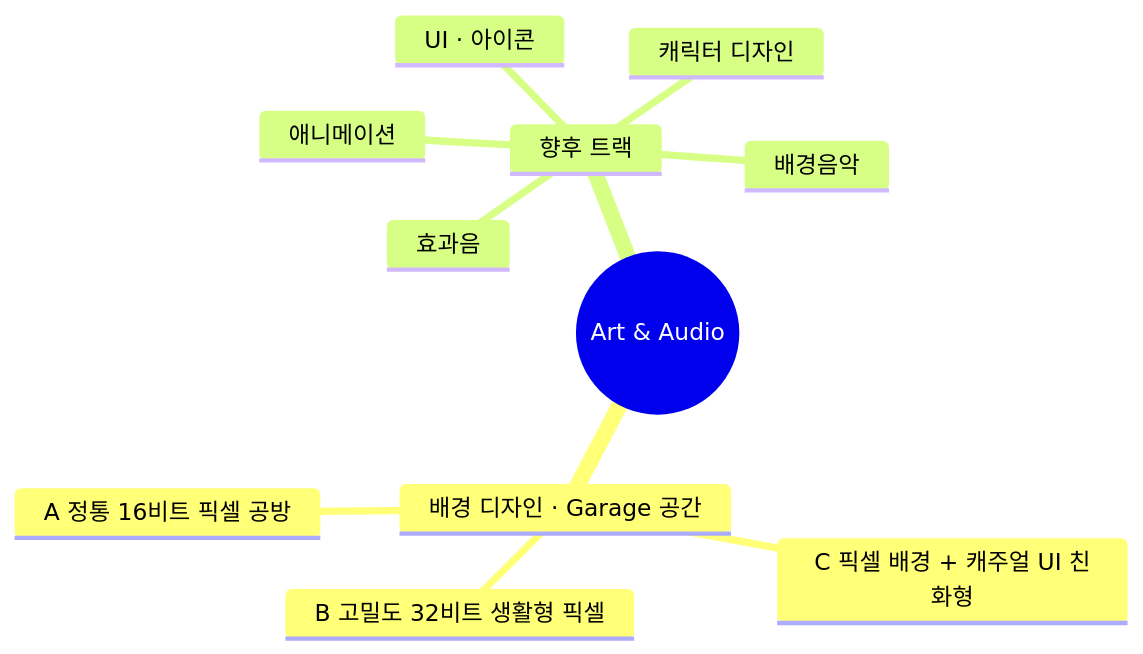
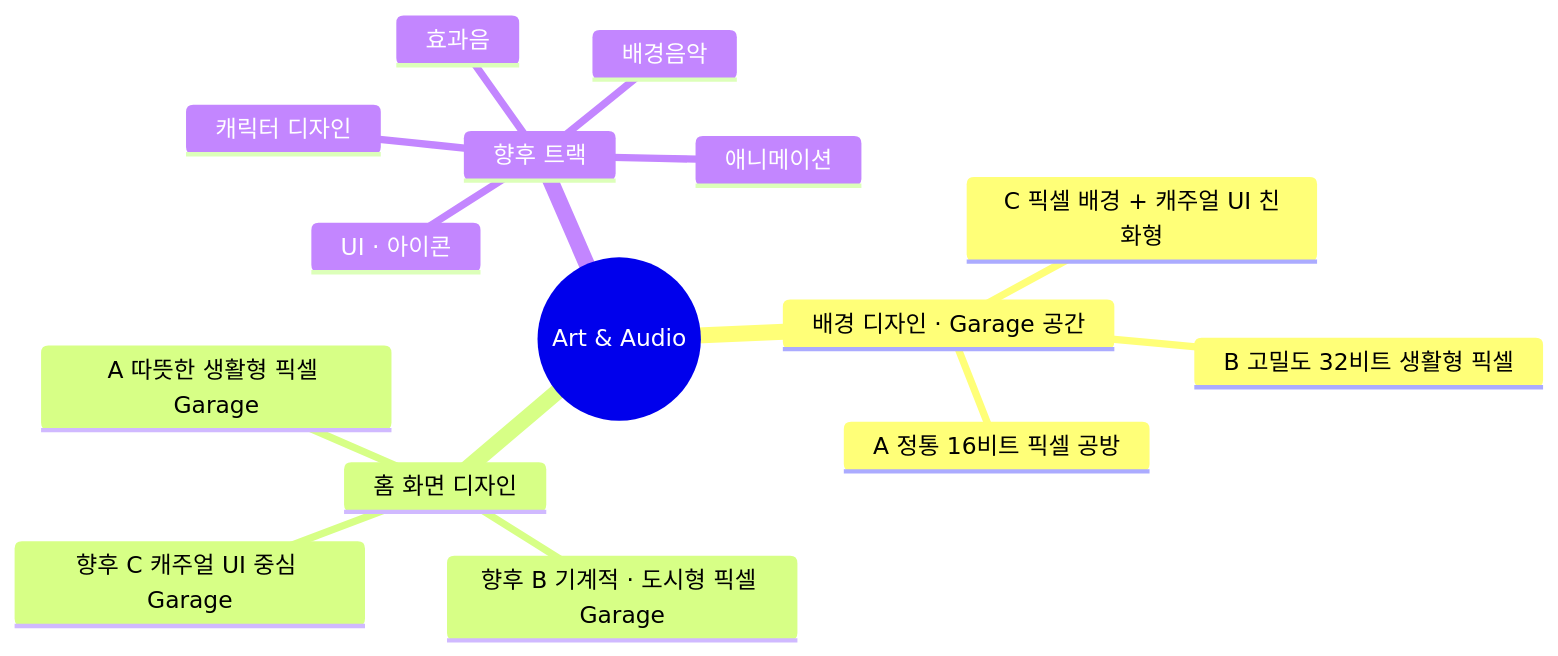
The third of 5 diagrams in docs/LAB_PROTOTYPE_MAP.md (aigemro/dream-bike-garage-lab), drawn with Mermaid before and after one commit. The commit also changed other lines of this file, not shown here.

Commit message:
feat: add pixel Garage home design track

````diff
--- a/docs/LAB_PROTOTYPE_MAP.md
+++ b/docs/LAB_PROTOTYPE_MAP.md
@@ -136,14 +137,18 @@
 ```mermaid
 mindmap
   root((Art & Audio))
     배경 디자인 · Garage 공간
       A 정통 16비트 픽셀 공방
       B 고밀도 32비트 생활형 픽셀
       C 픽셀 배경 + 캐주얼 UI 친화형
+    홈 화면 디자인
+      A 따뜻한 생활형 픽셀 Garage
+      향후 B 기계적 · 도시형 픽셀 Garage
+      향후 C 캐주얼 UI 중심 Garage
     향후 트랙
       캐릭터 디자인
       UI · 아이콘
       애니메이션
       배경음악
       효과음
 ```
````
